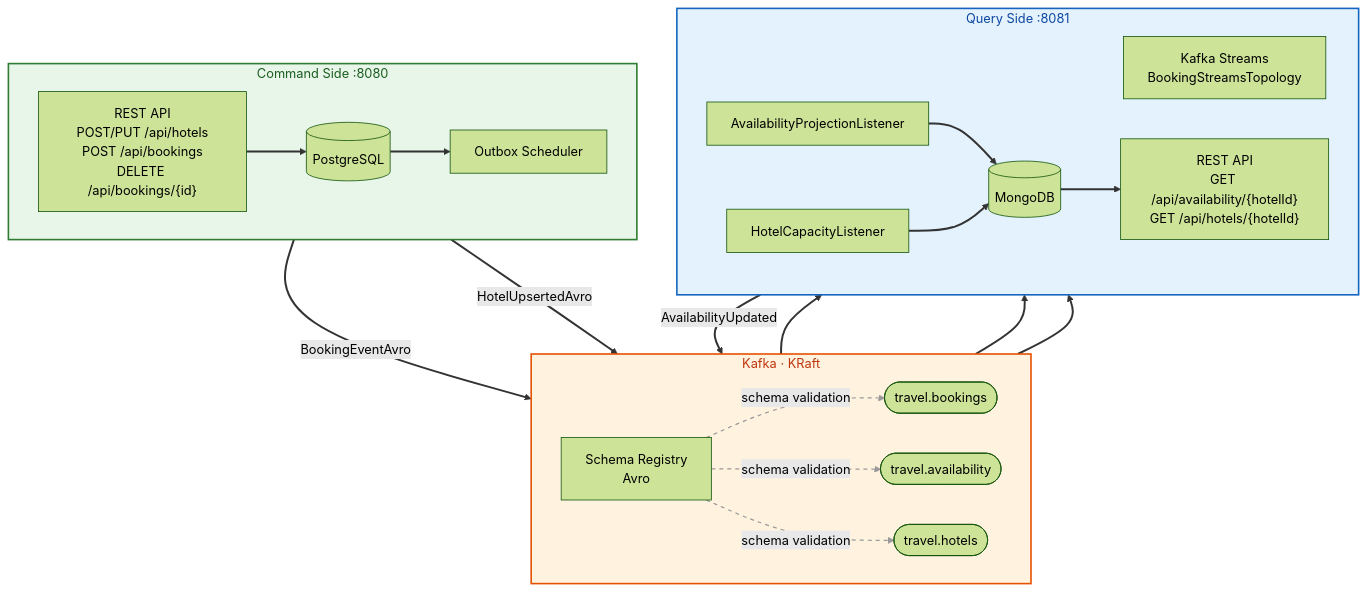
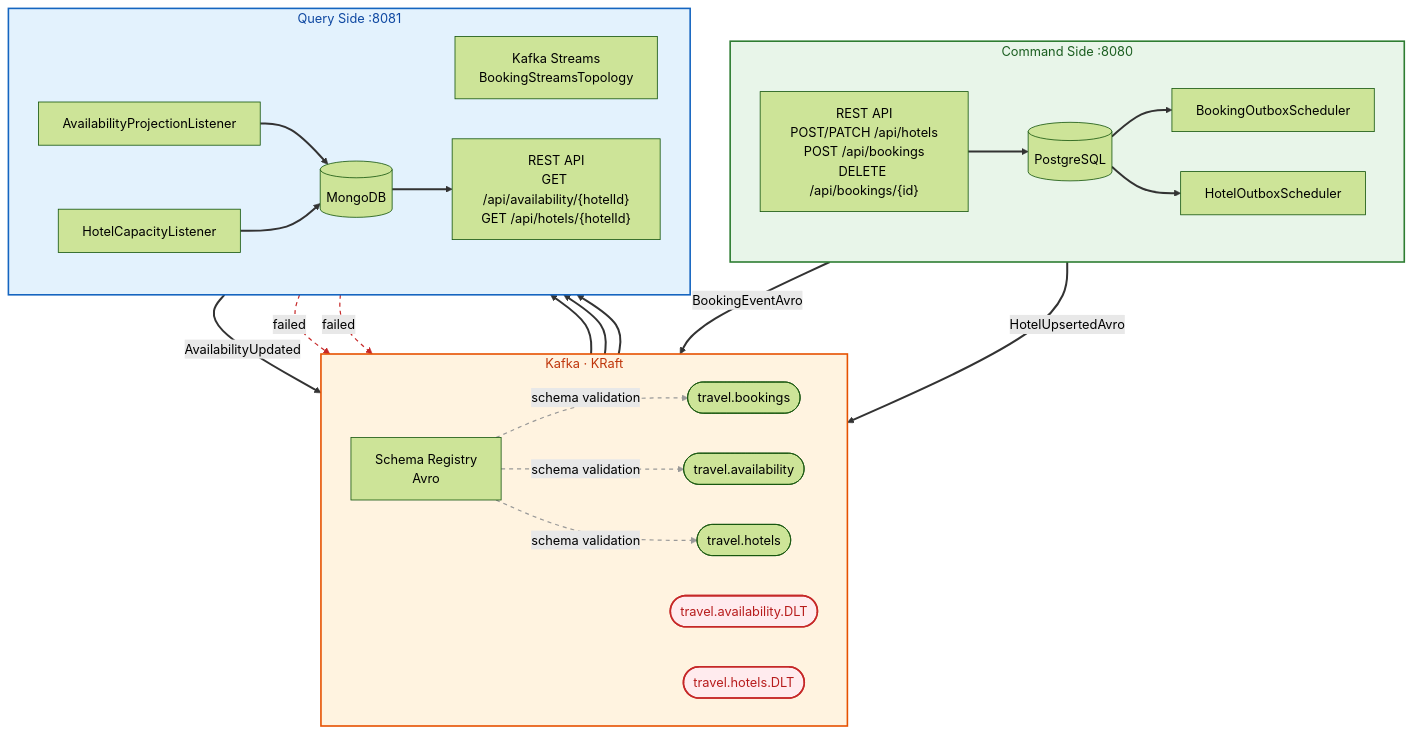
One commit to mrzodeczko-dev/Travel-Agency-CQRS changed the diagram in README.md. Above: the diagram before and after it, drawn with Mermaid (forest theme). The commit also changed other lines of this file, not shown here.

Commit message:
Update README to reflect changes in API endpoints and enhance flowchart details

````diff
--- a/README.md
+++ b/README.md
@@ -60,46 +60,55 @@
 ```mermaid
 flowchart TB
     subgraph cmd["Command Side :8080"]
         direction LR
-        API_C["REST API\nPOST/PUT /api/hotels\nPOST /api/bookings\nDELETE /api/bookings/{id}"]
+        API_C["REST API\nPOST/PATCH /api/hotels\nPOST /api/bookings\nDELETE /api/bookings/{id}"]
         PG[("PostgreSQL")]
-        OB["Outbox Scheduler"]
+        OB_B["BookingOutboxScheduler"]
+        OB_H["HotelOutboxScheduler"]
     end
 
     subgraph kafka["Kafka · KRaft"]
         direction LR
         SR["Schema Registry\nAvro"]
         TB(["travel.bookings"])
         TA(["travel.availability"])
         TH(["travel.hotels"])
+        DLT_A(["travel.availability.DLT"])
+        DLT_H(["travel.hotels.DLT"])
     end
 
     subgraph query["Query Side :8081"]
         direction LR
         KS["Kafka Streams\nBookingStreamsTopology"]
         APL["AvailabilityProjectionListener"]
         HCL["HotelCapacityListener"]
         MDB[("MongoDB")]
         API_Q["REST API\nGET /api/availability/{hotelId}\nGET /api/hotels/{hotelId}"]
     end
 
     API_C ==> PG
-    PG ==> OB
-    OB ==>|BookingEventAvro| TB
-    OB ==>|HotelUpsertedAvro| TH
+    PG ==> OB_B
+    PG ==> OB_H
+    OB_B ==>|BookingEventAvro| TB
+    OB_H ==>|HotelUpsertedAvro| TH
     TB ==> KS
     KS ==>|AvailabilityUpdated| TA
     TA ==> APL ==> MDB
     TH ==> HCL ==> MDB
     MDB ==> API_Q
+    APL -.->|failed| DLT_A
+    HCL -.->|failed| DLT_H
     SR -.->|schema validation| TB
     SR -.->|schema validation| TA
     SR -.->|schema validation| TH
 
     style cmd fill:#e8f5e9,stroke:#2e7d32,stroke-width:2px,color:#1b5e20
     style kafka fill:#fff3e0,stroke:#e65100,stroke-width:2px,color:#bf360c
     style query fill:#e3f2fd,stroke:#1565c0,stroke-width:2px,color:#0d47a1
+    style DLT_A fill:#ffebee,stroke:#c62828,stroke-width:2px,color:#b71c1c
+    style DLT_H fill:#ffebee,stroke:#c62828,stroke-width:2px,color:#b71c1c
 
-    linkStyle 0,1,2,3,4,5,6,7,8,9,10 stroke:#333,stroke-width:2.5px
-    linkStyle 11,12,13 stroke:#999,stroke-width:1.5px,stroke-dasharray:5
+    linkStyle 0,1,2,3,4,5,6,7,8,9,10,11 stroke:#333,stroke-width:2.5px
+    linkStyle 12,13 stroke:#c62828,stroke-width:1.5px,stroke-dasharray:5
+    linkStyle 14,15,16 stroke:#999,stroke-width:1.5px,stroke-dasharray:5
 ```
````
